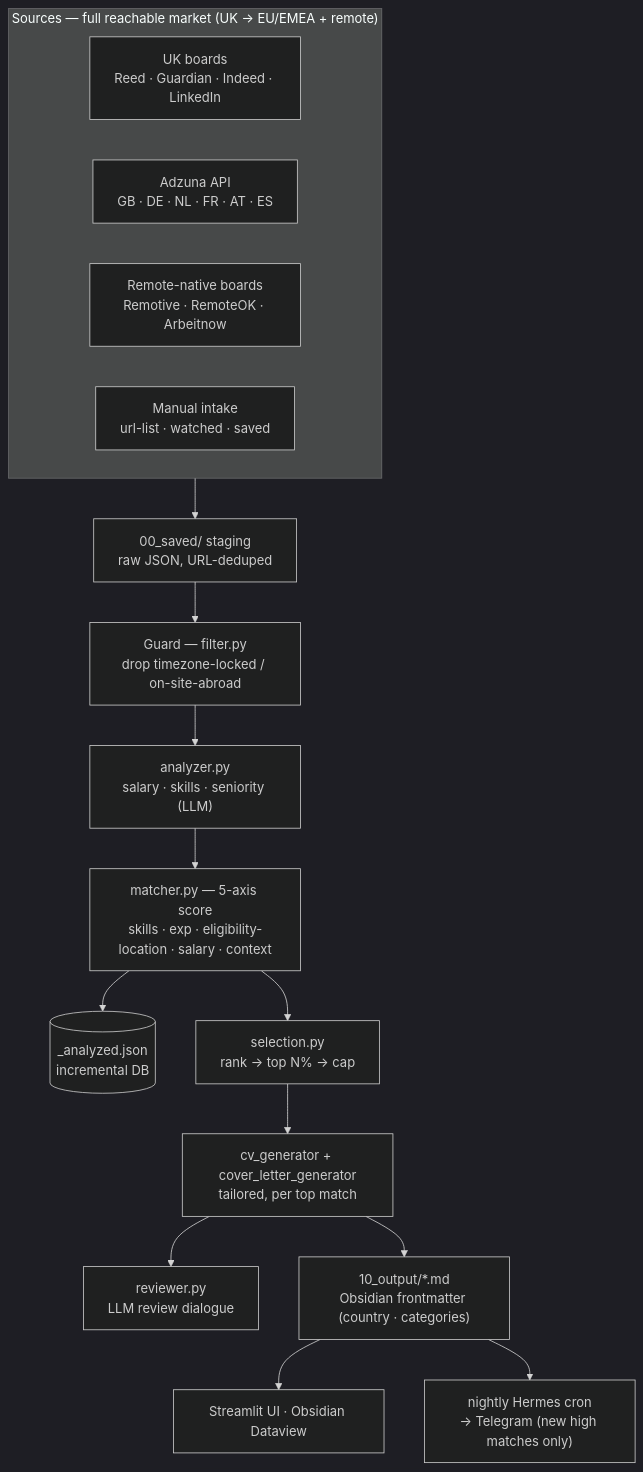
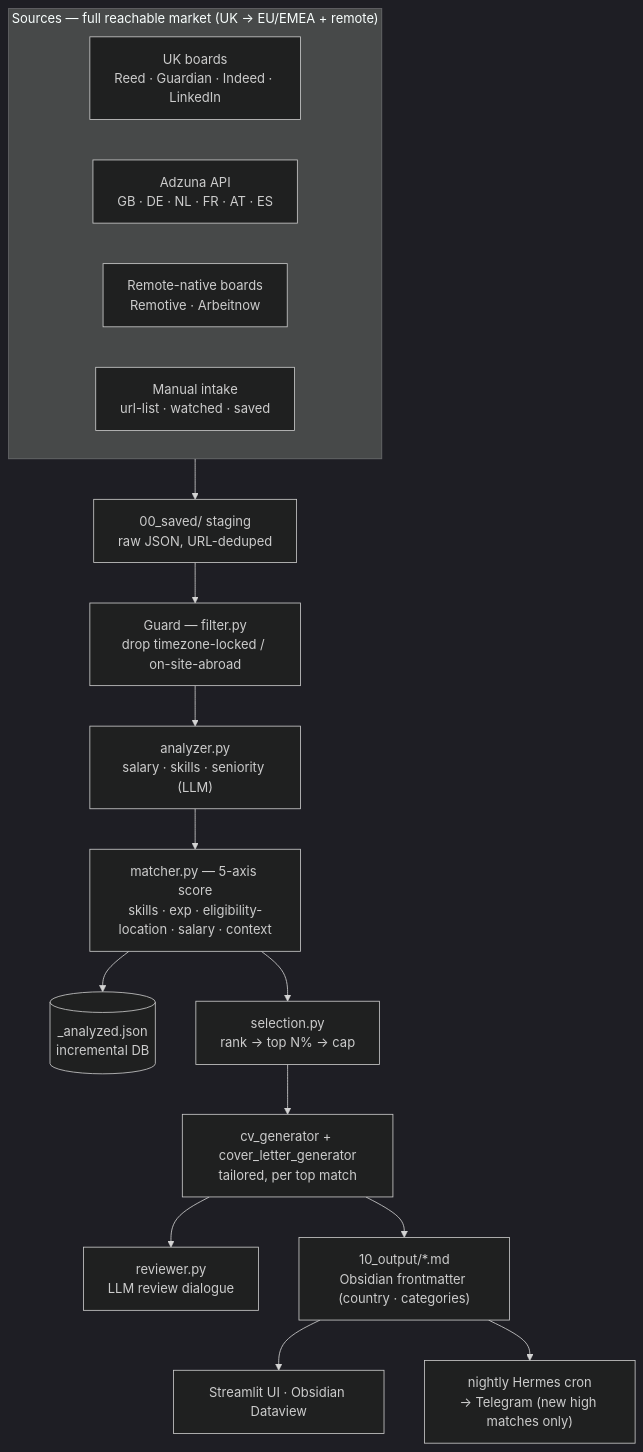
One commit to 0xkz1/AI-Job-Scout-System changed the first of 2 diagrams in README.md. Above: the diagram before and after it, drawn with Mermaid (dark theme). The commit also changed other lines of this file and 4 other files, not shown here.

````diff
--- a/README.md
+++ b/README.md
@@ -42,20 +42,20 @@
 ```mermaid
 flowchart TD
     subgraph SRC["Sources — full reachable market (UK → EU/EMEA + remote)"]
         UK["UK boards<br/>Reed · Guardian · Indeed · LinkedIn"]
         ADZ["Adzuna API<br/>GB · DE · NL · FR · AT · ES"]
-        REM["Remote-native boards<br/>Remotive · RemoteOK · Arbeitnow"]
+        REM["Remote-native boards<br/>Remotive · Arbeitnow"]
         MAN["Manual intake<br/>url-list · watched · saved"]
     end
     SRC --> STG["00_saved/ staging<br/>raw JSON, URL-deduped"]
     STG --> GUARD["Guard — filter.py<br/>drop timezone-locked / on-site-abroad"]
     GUARD --> AN["analyzer.py<br/>salary · skills · seniority (LLM)"]
     AN --> MATCH["matcher.py — 5-axis score<br/>skills · exp · eligibility-location · salary · context"]
     MATCH --> DB[("_analyzed.json<br/>incremental DB")]
     MATCH --> SEL["selection.py<br/>rank → top N% → cap"]
     SEL --> GEN["cv_generator + cover_letter_generator<br/>tailored, per top match"]
     GEN --> REV["reviewer.py<br/>LLM review dialogue"]
     GEN --> OUT["10_output/*.md<br/>Obsidian frontmatter (country · categories)"]
     OUT --> UIS["Streamlit UI · Obsidian Dataview"]
     OUT --> CRON["nightly Hermes cron<br/>→ Telegram (new high matches only)"]
 ```
````
